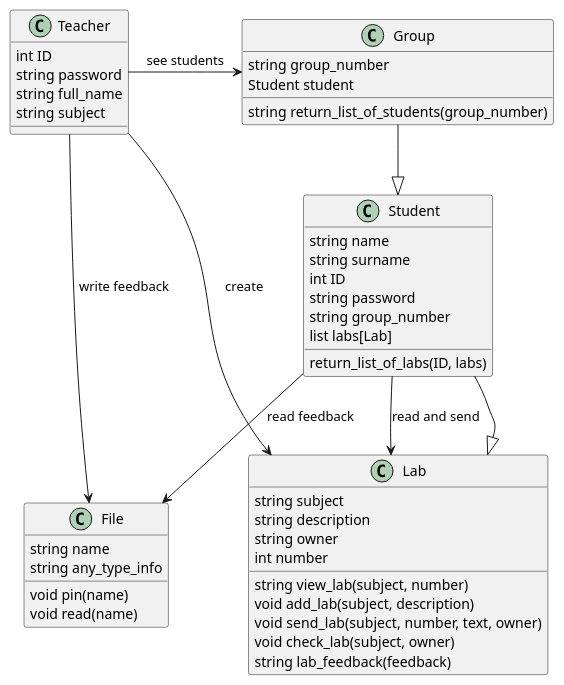
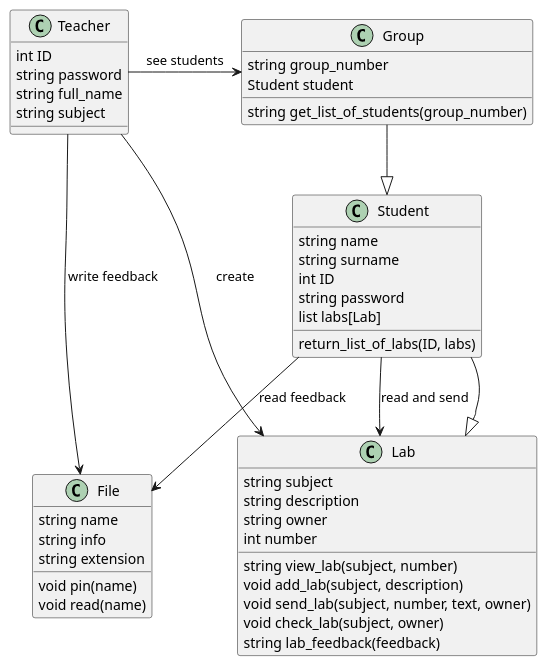
The diagram in Current.plantuml (mishaganin/itmo-labs), drawn with PlantUML before and after one commit. The commit also changed 1 other file, not shown here.

```diff
--- a/Current.plantuml
+++ b/Current.plantuml
@@ -1,57 +1,57 @@
 @startuml wow
 
 class Student {
     string name
     string surname
     int ID
     string password
-    string group_number
     list labs[Lab]
     
     return_list_of_labs(ID, labs)
 }
 
 class Teacher {
     int ID
     string password
     string full_name
     string subject
 
 }
 
 class Group {
     string group_number
     Student student
 
-    string return_list_of_students(group_number)
+    string get_list_of_students(group_number)
 }
 
 class Lab {
     string subject
     string description
     string owner
     int number
 
     string view_lab(subject, number)
     void add_lab(subject, description)
     void send_lab(subject, number, text, owner)
     void check_lab(subject, owner)
     string lab_feedback(feedback)
 }
 
 class File {
     string name
-    string any_type_info
+    string info
+    string extension
     void pin(name)
     void read(name)
 }
 
 Teacher --> File : write feedback
 Teacher -> Group : see students
 Student --> File : read feedback
 Group --|> Student
 Student --|> Lab
 Student --> Lab : read and send
 Teacher --> Lab : create
 
 @enduml
```
